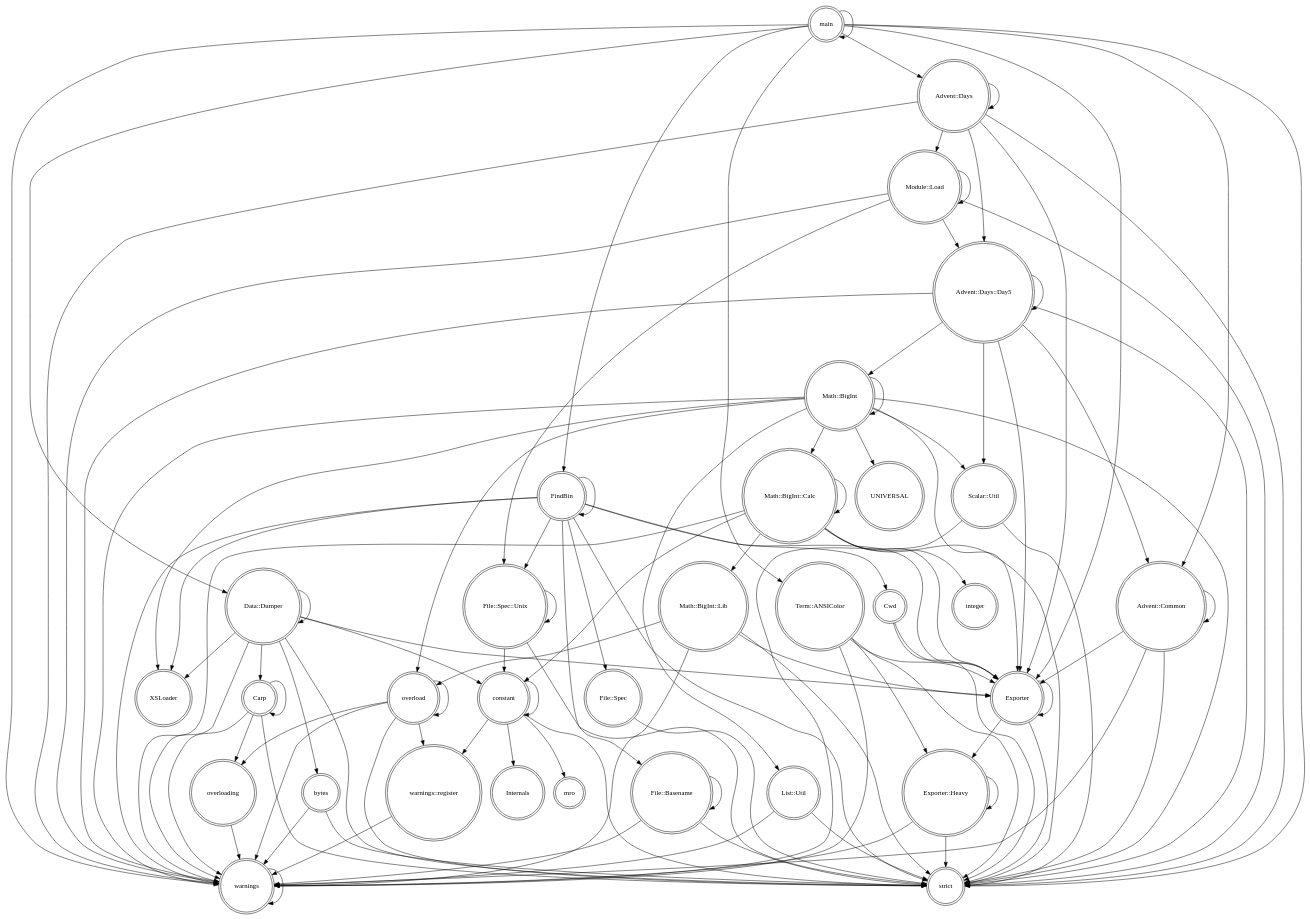
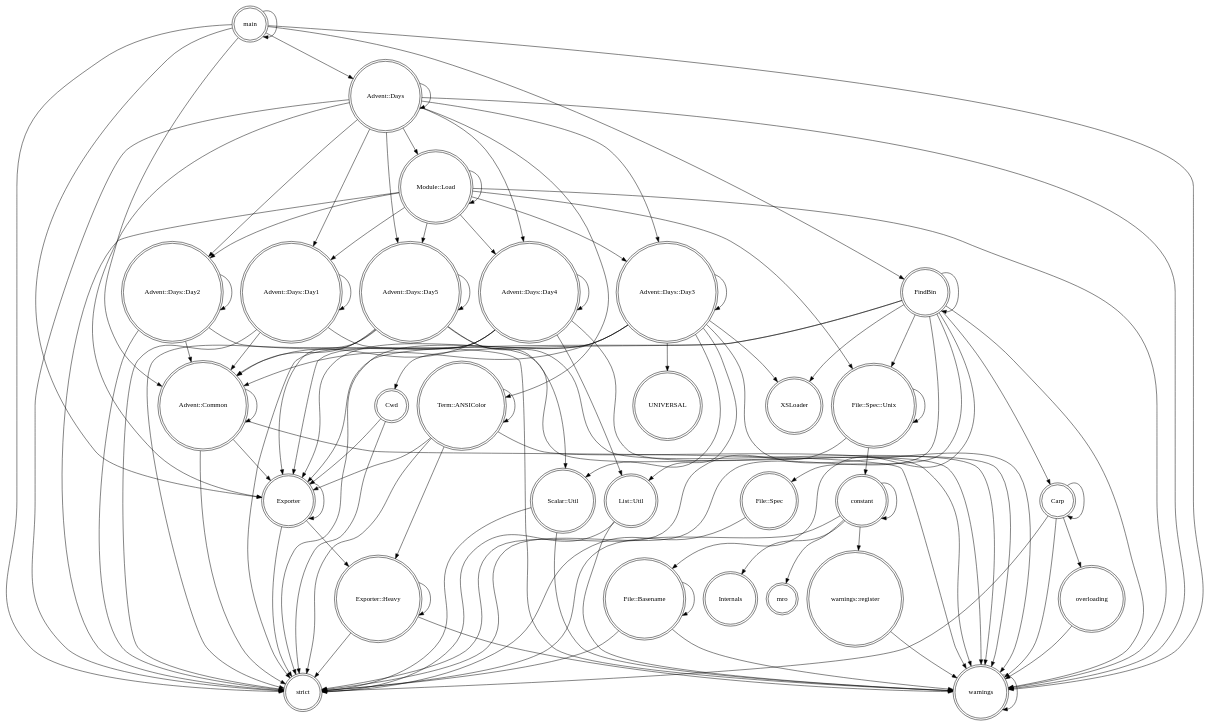
The diagram in nytprof/packages-callgraph.dot (ghbuck/Advent-of-Code-2023-Perl), drawn with Graphviz before and after one commit. The commit also changed 64 other files, not shown here.

```diff
--- a/nytprof/packages-callgraph.dot
+++ b/nytprof/packages-callgraph.dot
@@ -1,115 +1,110 @@
 digraph {
 graph [overlap=false]
 node [shape=doublecircle];
+"main" -> "Exporter";
+"FindBin" -> "Carp";
+"constant" -> "constant";
+"Module::Load" -> "Module::Load";
+"File::Spec::Unix" -> "constant";
+"warnings" -> "warnings";
+"Advent::Days::Day3" -> "Exporter";
+"Advent::Days::Day1" -> "Advent::Days::Day1";
+"FindBin" -> "Cwd";
+"constant" -> "strict";
+"Advent::Days" -> "Advent::Days::Day1";
+"Advent::Days" -> "Exporter";
+"main" -> "FindBin";
+"Carp" -> "Carp";
+"Advent::Days::Day4" -> "Exporter";
+"Advent::Days::Day2" -> "Advent::Days::Day2";
+"Advent::Days::Day3" -> "warnings";
+"File::Basename" -> "File::Basename";
+"Exporter::Heavy" -> "warnings";
+"Advent::Common" -> "warnings";
+"constant" -> "Internals";
+"Term::ANSIColor" -> "strict";
+"Module::Load" -> "File::Spec::Unix";
+"Module::Load" -> "Advent::Days::Day2";
+"Advent::Days" -> "Advent::Days::Day3";
+"FindBin" -> "File::Basename";
+"main" -> "Advent::Common";
+"Exporter" -> "Exporter";
+"Advent::Days::Day3" -> "Advent::Days::Day3";
+"Advent::Days::Day3" -> "strict";
+"Advent::Days" -> "Advent::Days";
+"List::Util" -> "warnings";
+"Advent::Days::Day5" -> "warnings";
+"File::Basename" -> "strict";
+"Module::Load" -> "Advent::Days::Day4";
+"File::Spec" -> "strict";
+"Advent::Days::Day3" -> "UNIVERSAL";
+"Advent::Days::Day4" -> "warnings";
+"Advent::Common" -> "Exporter";
+"Advent::Days::Day3" -> "Scalar::Util";
+"Advent::Days::Day5" -> "Advent::Days::Day5";
+"Module::Load" -> "Advent::Days::Day3";
+"Exporter::Heavy" -> "strict";
+"constant" -> "warnings::register";
+"Advent::Days::Day2" -> "strict";
+"Advent::Days::Day5" -> "strict";
+"Advent::Days::Day2" -> "Advent::Common";
+"Advent::Days::Day3" -> "List::Util";
+"Advent::Days::Day5" -> "Scalar::Util";
+"Advent::Days::Day1" -> "strict";
+"Advent::Days" -> "strict";
+"File::Spec::Unix" -> "File::Spec::Unix";
+"Term::ANSIColor" -> "Exporter::Heavy";
+"Exporter" -> "strict";
+"Advent::Days::Day4" -> "List::Util";
+"Advent::Days::Day4" -> "Advent::Common";
+"Advent::Days" -> "Advent::Days::Day5";
+"Advent::Days" -> "Term::ANSIColor";
+"Carp" -> "overloading";
+"Advent::Days::Day5" -> "Advent::Common";
+"main" -> "main";
+"Scalar::Util" -> "strict";
+"Module::Load" -> "strict";
+"Carp" -> "strict";
+"Advent::Days::Day2" -> "warnings";
+"FindBin" -> "File::Spec::Unix";
+"Advent::Days" -> "Module::Load";
+"Advent::Days::Day4" -> "Advent::Days::Day4";
+"FindBin" -> "strict";
+"File::Basename" -> "warnings";
+"Scalar::Util" -> "warnings";
+"FindBin" -> "XSLoader";
+"Term::ANSIColor" -> "warnings";
+"Advent::Days" -> "Advent::Days::Day4";
+"Carp" -> "warnings";
+"FindBin" -> "File::Spec";
+"Advent::Days::Day1" -> "warnings";
+"Cwd" -> "Exporter";
+"FindBin" -> "warnings";
+"Module::Load" -> "warnings";
+"Advent::Days::Day4" -> "strict";
+"Exporter::Heavy" -> "Exporter::Heavy";
+"constant" -> "mro";
+"Advent::Common" -> "strict";
+"main" -> "strict";
+"Exporter" -> "Exporter::Heavy";
+"overloading" -> "warnings";
+"Advent::Days::Day3" -> "Advent::Common";
+"Advent::Days::Day5" -> "Exporter";
+"Advent::Common" -> "Advent::Common";
+"Cwd" -> "strict";
+"Term::ANSIColor" -> "Exporter";
+"warnings::register" -> "warnings";
+"List::Util" -> "strict";
+"main" -> "Advent::Days";
+"Module::Load" -> "Advent::Days::Day5";
+"FindBin" -> "Exporter";
+"FindBin" -> "FindBin";
+"File::Spec::Unix" -> "strict";
+"Term::ANSIColor" -> "Term::ANSIColor";
+"Advent::Days" -> "warnings";
+"Module::Load" -> "Advent::Days::Day1";
+"Advent::Days" -> "Advent::Days::Day2";
+"Advent::Days::Day1" -> "Advent::Common";
 "main" -> "warnings";
-"main" -> "Term::ANSIColor";
-"Math::BigInt::Lib" -> "overload";
-"warnings::register" -> "warnings";
-"Data::Dumper" -> "Carp";
-"Advent::Common" -> "warnings";
-"FindBin" -> "File::Spec";
-"Carp" -> "strict";
-"Data::Dumper" -> "strict";
-"Module::Load" -> "Module::Load";
-"Math::BigInt" -> "XSLoader";
-"main" -> "Advent::Common";
-"Module::Load" -> "File::Spec::Unix";
-"Advent::Days::Day5" -> "Advent::Days::Day5";
-"Math::BigInt" -> "overload";
-"Math::BigInt::Calc" -> "Math::BigInt::Lib";
-"List::Util" -> "warnings";
-"constant" -> "Internals";
-"constant" -> "mro";
-"Advent::Days" -> "Exporter";
-"Module::Load" -> "warnings";
-"File::Spec" -> "strict";
-"Math::BigInt::Lib" -> "Exporter";
-"main" -> "Advent::Days";
-"Advent::Days" -> "Module::Load";
-"Math::BigInt::Calc" -> "Exporter";
-"Math::BigInt::Calc" -> "strict";
-"main" -> "Data::Dumper";
-"Scalar::Util" -> "warnings";
-"List::Util" -> "strict";
-"Advent::Days" -> "Advent::Days";
-"Advent::Common" -> "strict";
-"overloading" -> "warnings";
-"FindBin" -> "File::Basename";
-"Math::BigInt::Calc" -> "integer";
-"Advent::Days::Day5" -> "Math::BigInt";
-"constant" -> "warnings::register";
-"Term::ANSIColor" -> "Exporter";
-"Term::ANSIColor" -> "Exporter::Heavy";
-"Module::Load" -> "strict";
-"Data::Dumper" -> "Data::Dumper";
-"Math::BigInt::Calc" -> "constant";
-"FindBin" -> "FindBin";
-"Math::BigInt" -> "Scalar::Util";
-"File::Spec::Unix" -> "constant";
-"Carp" -> "overloading";
-"Module::Load" -> "Advent::Days::Day5";
-"FindBin" -> "Cwd";
-"File::Spec::Unix" -> "strict";
-"constant" -> "constant";
-"Advent::Days::Day5" -> "strict";
-"Exporter" -> "Exporter::Heavy";
-"warnings" -> "warnings";
-"overload" -> "overload";
-"main" -> "FindBin";
-"Advent::Common" -> "Exporter";
-"Scalar::Util" -> "strict";
-"Advent::Days" -> "strict";
-"Advent::Days" -> "warnings";
-"Math::BigInt" -> "warnings";
-"constant" -> "strict";
-"Math::BigInt" -> "Math::BigInt::Calc";
-"Advent::Common" -> "Advent::Common";
-"File::Basename" -> "warnings";
-"bytes" -> "warnings";
-"Data::Dumper" -> "constant";
-"Math::BigInt" -> "Exporter";
-"Math::BigInt::Lib" -> "warnings";
-"Math::BigInt::Calc" -> "Math::BigInt::Calc";
-"FindBin" -> "File::Spec::Unix";
-"main" -> "Exporter";
-"overload" -> "strict";
-"Data::Dumper" -> "XSLoader";
-"Advent::Days::Day5" -> "Exporter";
-"Math::BigInt" -> "Math::BigInt";
-"Math::BigInt" -> "strict";
-"Data::Dumper" -> "Exporter";
-"Math::BigInt" -> "UNIVERSAL";
-"Advent::Days" -> "Advent::Days::Day5";
-"Term::ANSIColor" -> "warnings";
-"overload" -> "warnings";
-"main" -> "main";
-"bytes" -> "strict";
-"FindBin" -> "Exporter";
-"Math::BigInt::Calc" -> "warnings";
-"Advent::Days::Day5" -> "warnings";
-"Advent::Days::Day5" -> "Advent::Common";
-"overload" -> "overloading";
-"Data::Dumper" -> "warnings";
-"Math::BigInt" -> "List::Util";
-"Exporter" -> "Exporter";
-"Term::ANSIColor" -> "strict";
-"Math::BigInt::Lib" -> "strict";
-"File::Basename" -> "File::Basename";
-"Exporter::Heavy" -> "Exporter::Heavy";
-"Cwd" -> "Exporter";
-"Exporter::Heavy" -> "strict";
-"Advent::Days::Day5" -> "Scalar::Util";
-"Exporter::Heavy" -> "warnings";
-"FindBin" -> "warnings";
-"File::Spec::Unix" -> "File::Spec::Unix";
-"Carp" -> "warnings";
-"overload" -> "warnings::register";
-"Cwd" -> "strict";
-"main" -> "strict";
-"FindBin" -> "strict";
-"Carp" -> "Carp";
-"File::Basename" -> "strict";
-"FindBin" -> "XSLoader";
-"Exporter" -> "strict";
-"Data::Dumper" -> "bytes";
+"Advent::Days::Day3" -> "XSLoader";
 }
```
